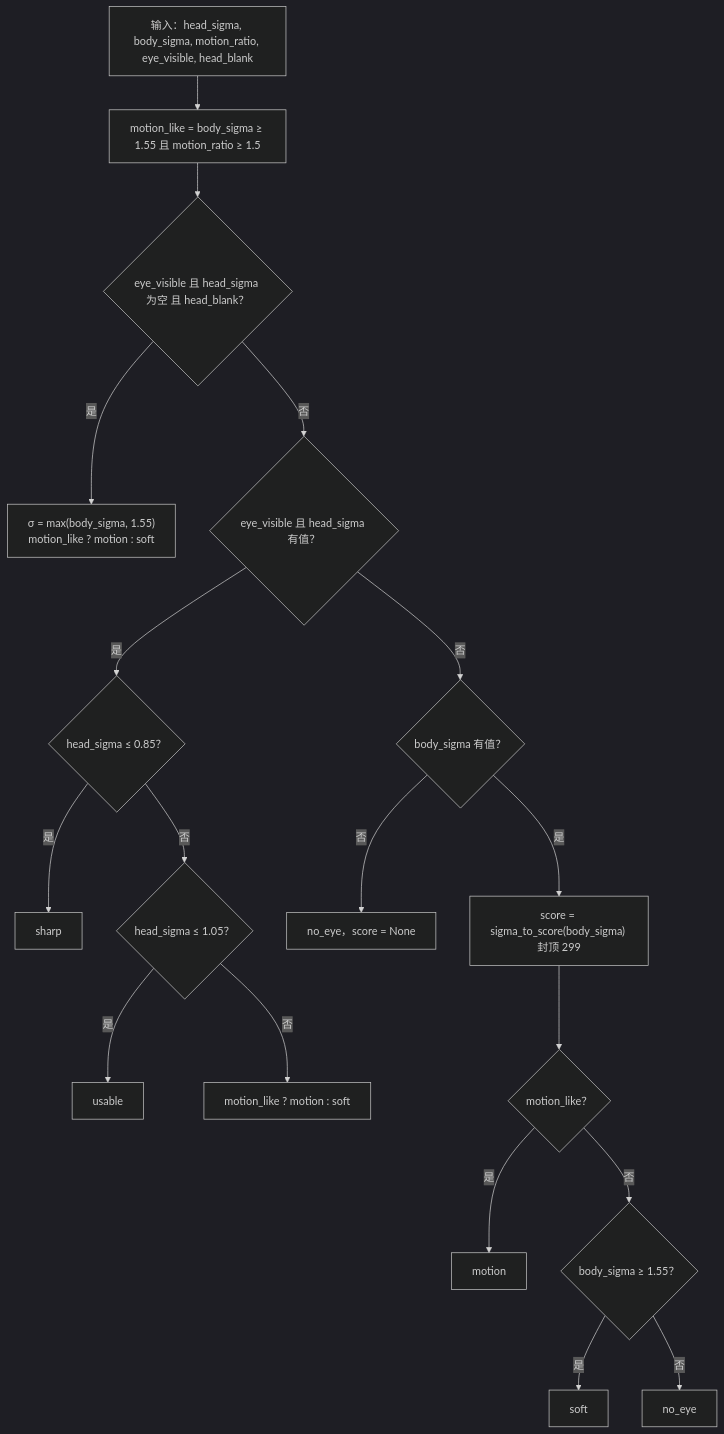
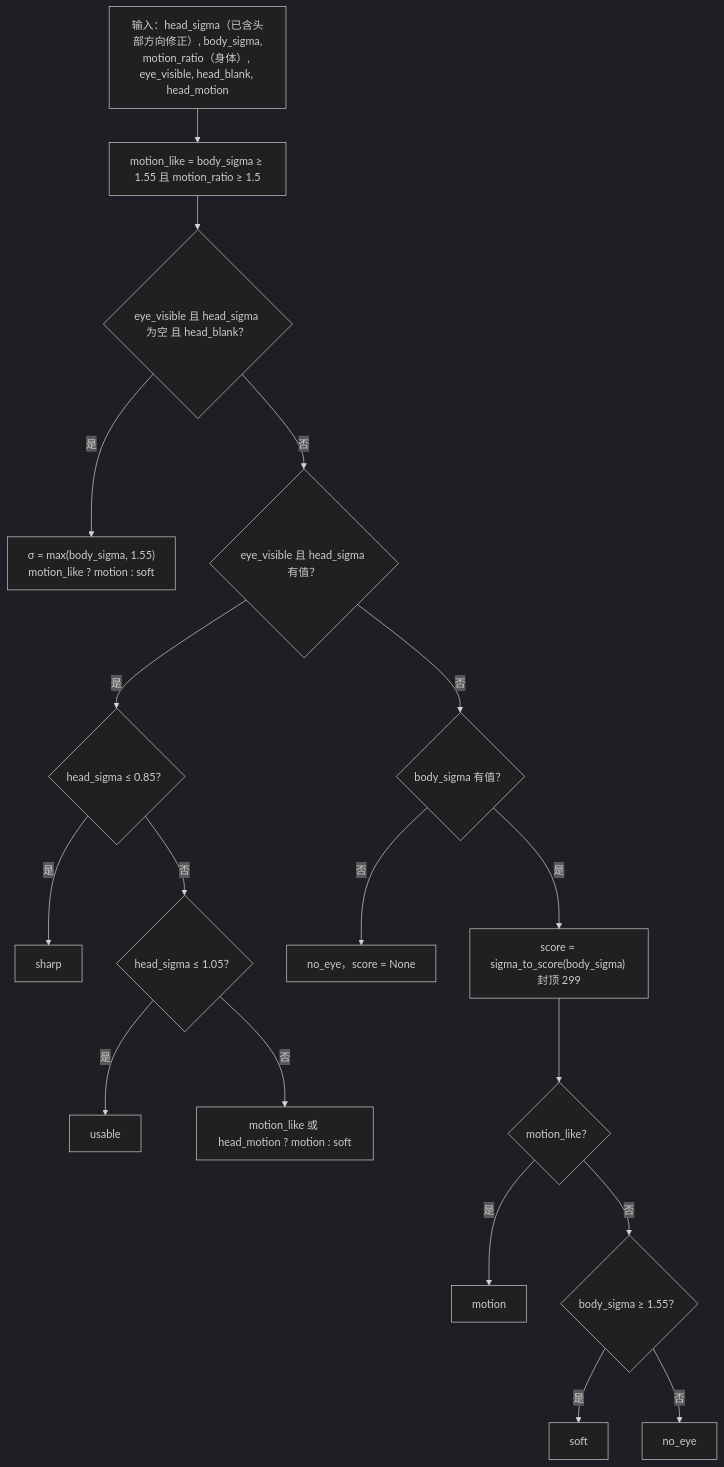
One commit to OscarKing888/SuperBirdTools changed diagram 17 of 19 in docs/bird_sharpness_flowchart.md. Above: the diagram before and after it, drawn with Mermaid (dark theme). The commit also changed other lines of this file and 13 other files, not shown here.

Commit message:
Fix head sharpness bias from motion, sharpening and feather highlights

````diff
--- a/docs/bird_sharpness_flowchart.md
+++ b/docs/bird_sharpness_flowchart.md
@@ -461,20 +503,20 @@
 ```mermaid
 flowchart TD
-    A["输入：head_sigma, body_sigma, motion_ratio, eye_visible, head_blank"] --> B["motion_like = body_sigma ≥ 1.55 且 motion_ratio ≥ 1.5"]
+    A["输入：head_sigma（已含头部方向修正）, body_sigma,<br/>motion_ratio（身体）, eye_visible, head_blank, head_motion"] --> B["motion_like = body_sigma ≥ 1.55 且 motion_ratio ≥ 1.5"]
     B --> C{"eye_visible 且 head_sigma 为空 且 head_blank？"}
     C -->|是| D["σ = max(body_sigma, 1.55)<br/>motion_like ? motion : soft"]
     C -->|否| E{"eye_visible 且 head_sigma 有值？"}
     E -->|是| F{"head_sigma ≤ 0.85？"}
     F -->|是| F1["sharp"]
     F -->|否| G{"head_sigma ≤ 1.05？"}
     G -->|是| G1["usable"]
-    G -->|否| G2["motion_like ? motion : soft"]
+    G -->|否| G2["motion_like 或 head_motion ? motion : soft"]
     E -->|否| H{"body_sigma 有值？"}
     H -->|否| H1["no_eye，score = None"]
     H -->|是| I["score = sigma_to_score(body_sigma) 封顶 299"]
     I --> J{"motion_like？"}
     J -->|是| J1["motion"]
     J -->|否| K{"body_sigma ≥ 1.55？"}
     K -->|是| K1["soft"]
     K -->|否| K2["no_eye"]
 ```
````
